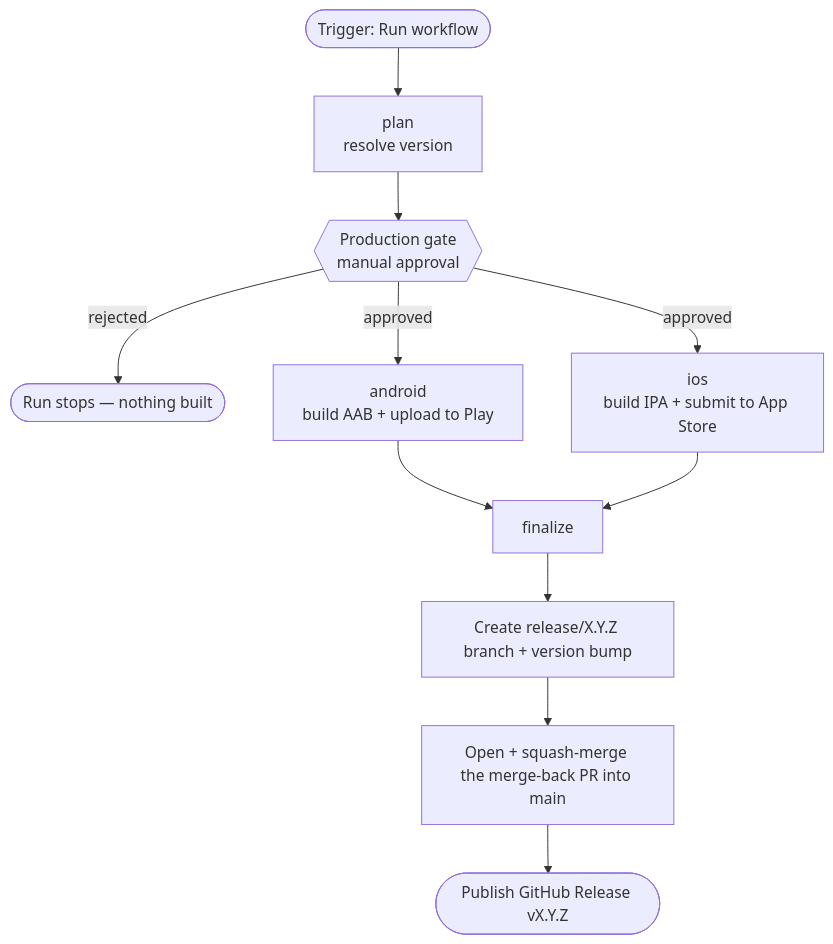
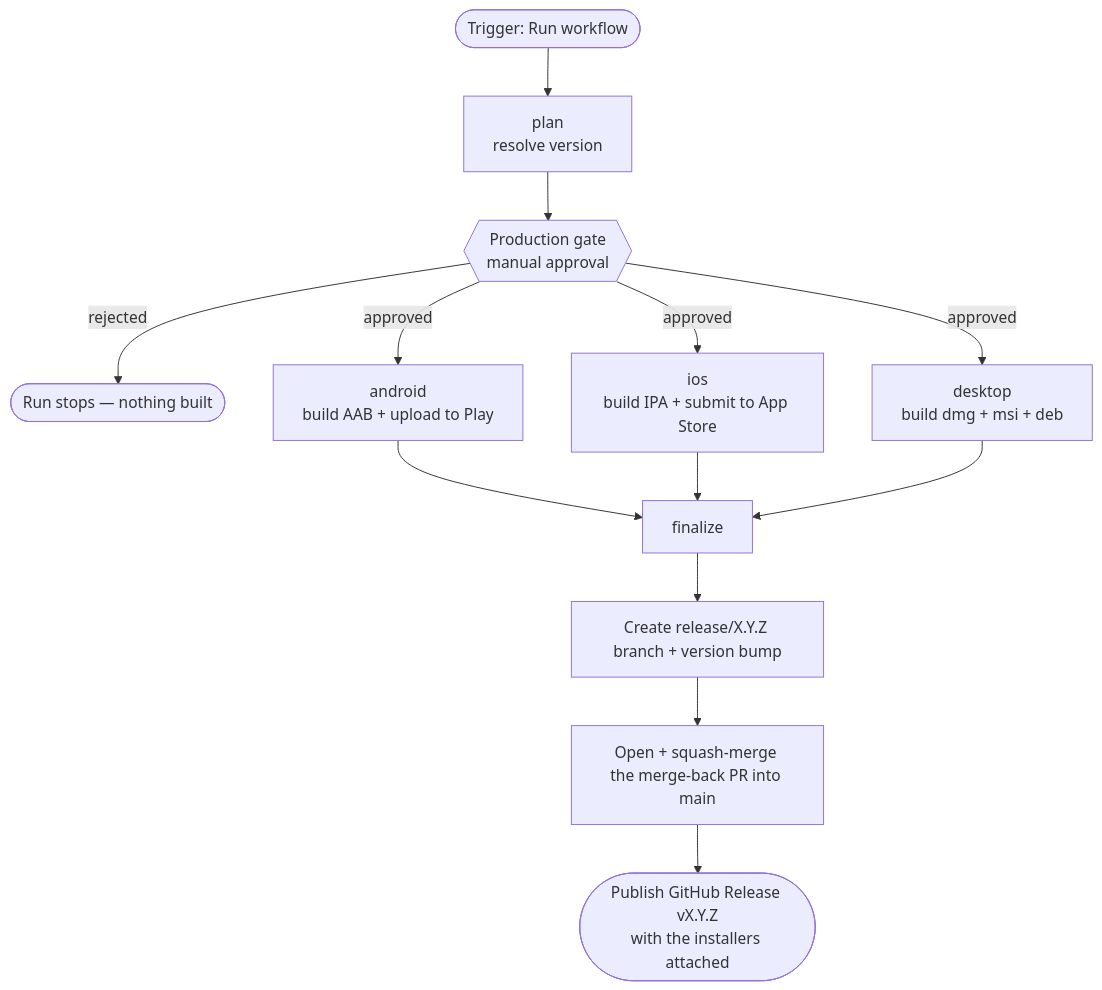
The first of 2 diagrams in docs/release-process.md (Quartel-Enterprise/bible-planner-mobile-client), drawn with Mermaid before and after one commit. The commit also changed other lines of this file and 3 other files, not shown here.

First line of the commit message:
ci: package the desktop installers in the release workflow

````diff
--- a/docs/release-process.md
+++ b/docs/release-process.md
@@ -18,13 +19,15 @@
 ```mermaid
 flowchart TD
     A([Trigger: Run workflow]) --> B[plan<br/>resolve version]
     B --> G{{Production gate<br/>manual approval}}
     G -->|rejected| X([Run stops — nothing built])
     G -->|approved| D[android<br/>build AAB + upload to Play]
     G -->|approved| E[ios<br/>build IPA + submit to App Store]
+    G -->|approved| H[desktop<br/>build dmg + msi + deb]
     D --> F[finalize]
     E --> F
+    H --> F
     F --> F1[Create release/X.Y.Z branch + version bump]
     F1 --> F2[Open + squash-merge the merge-back PR into main]
-    F2 --> F3([Publish GitHub Release vX.Y.Z])
+    F2 --> F3([Publish GitHub Release vX.Y.Z<br/>with the installers attached])
 ```
````
